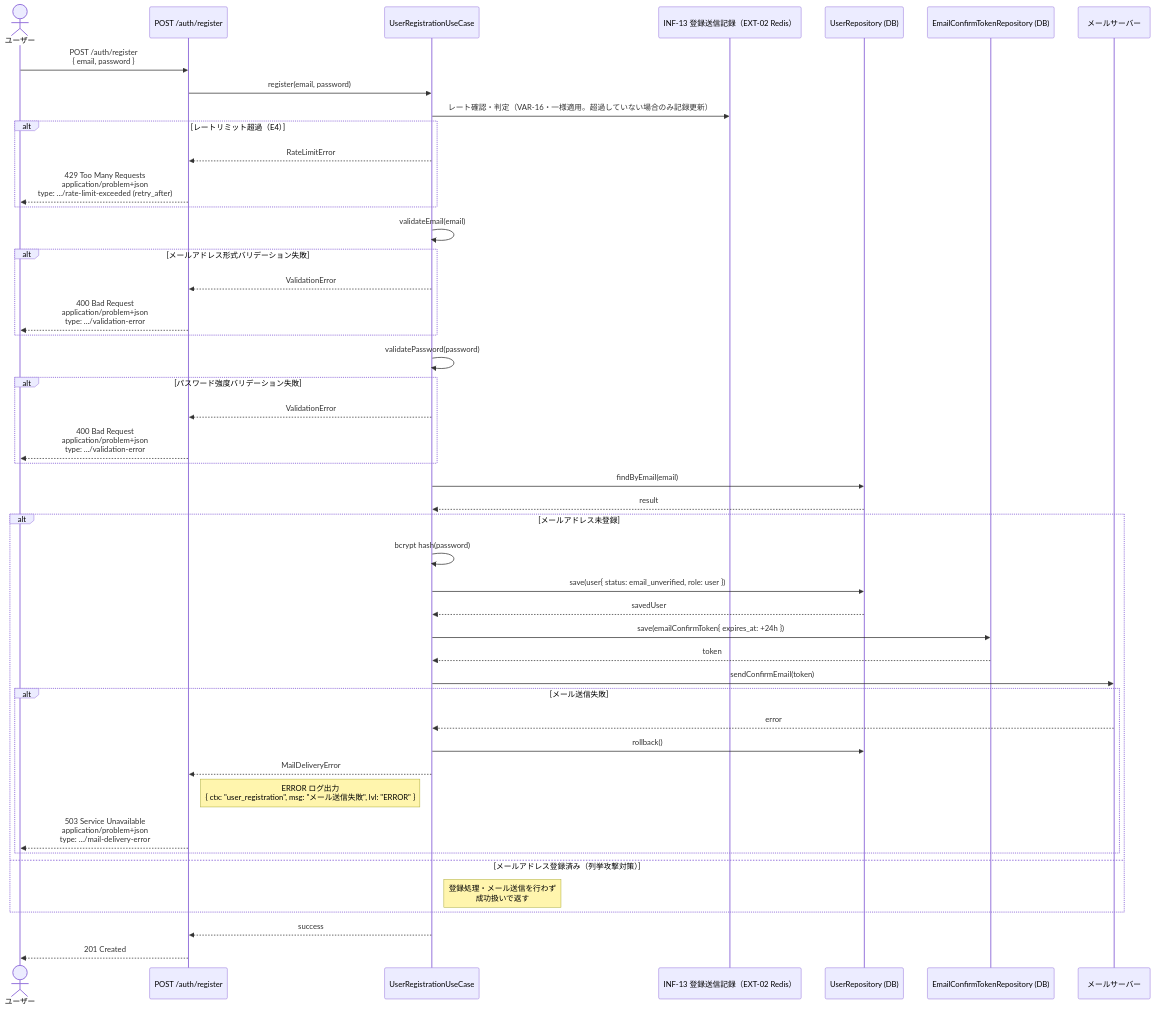
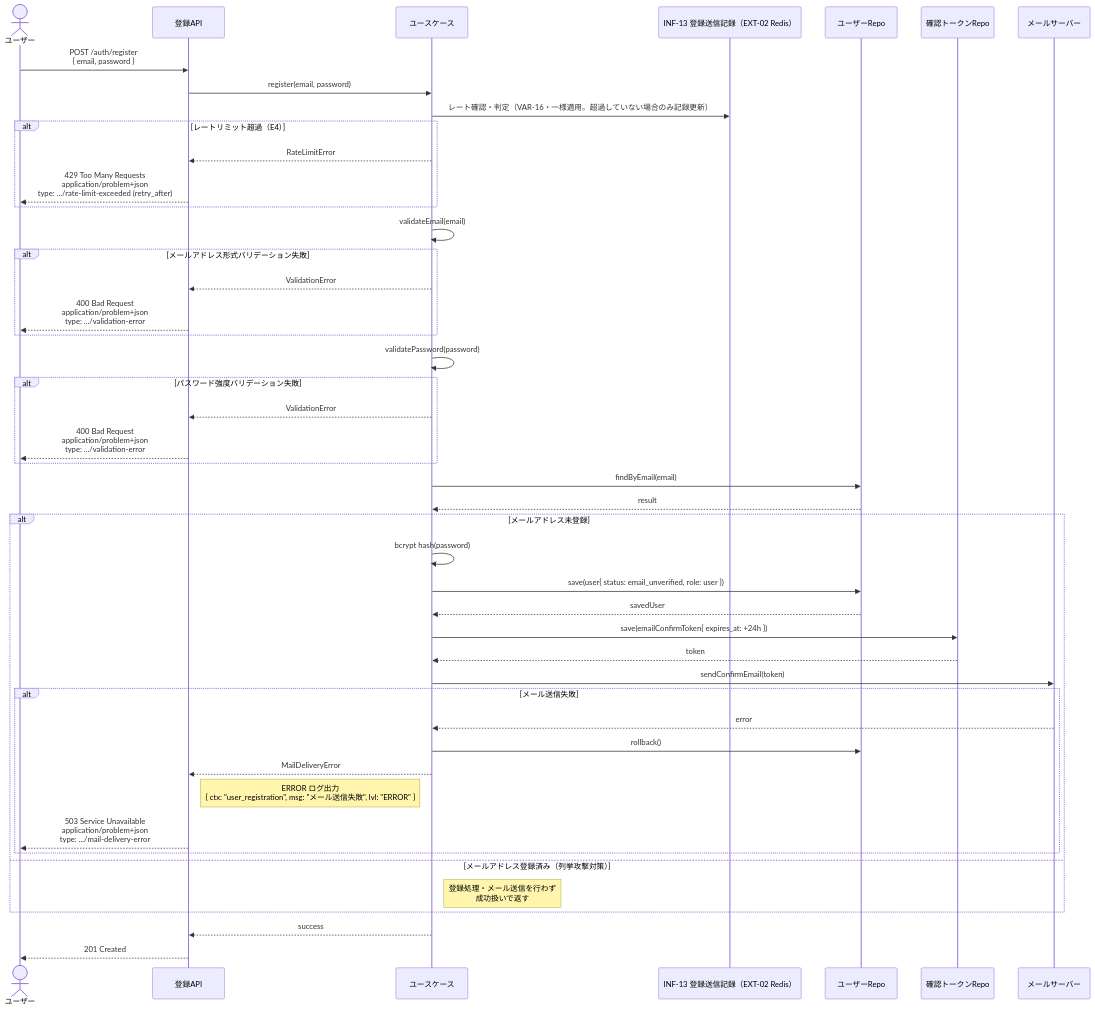
One commit to suunet/POC_HYDRA_AUTH changed the second of 2 diagrams in .docs/design/buc/BUC-U01.md. Above: the diagram before and after it, drawn with Mermaid. The commit also changed 15 other files, not shown here.

````diff
--- a/.docs/design/buc/BUC-U01.md
+++ b/.docs/design/buc/BUC-U01.md
@@ -124,48 +124,48 @@
 ```mermaid
 sequenceDiagram
-  actor ユーザー as ユーザー
-  participant 登録API as POST /auth/register
-  participant ユースケース as UserRegistrationUseCase
+  actor User as ユーザー
+  participant RegisterAPI as 登録API
+  participant UseCase as ユースケース
   participant Rate as INF-13 登録送信記録（EXT-02 Redis）
-  participant ユーザーRepo as UserRepository (DB)
-  participant 確認トークンRepo as EmailConfirmTokenRepository (DB)
-  participant メールサーバー as メールサーバー
-  ユーザー->>登録API: POST /auth/register<br/>{ email, password }
-  登録API->>ユースケース: register(email, password)
-  ユースケース->>Rate: レート確認・判定（VAR-16・一様適用。超過していない場合のみ記録更新）
+  participant UserRepo as ユーザーRepo
+  participant TokenRepo as 確認トークンRepo
+  participant MailServer as メールサーバー
+  User->>RegisterAPI: POST /auth/register<br/>{ email, password }
+  RegisterAPI->>UseCase: register(email, password)
+  UseCase->>Rate: レート確認・判定（VAR-16・一様適用。超過していない場合のみ記録更新）
   alt レートリミット超過（E4）
-  ユースケース-->>登録API: RateLimitError
-  登録API-->>ユーザー: 429 Too Many Requests<br/>application/problem+json<br/>type: .../rate-limit-exceeded (retry_after)
+  UseCase-->>RegisterAPI: RateLimitError
+  RegisterAPI-->>User: 429 Too Many Requests<br/>application/problem+json<br/>type: .../rate-limit-exceeded (retry_after)
   end
-  ユースケース->>ユースケース: validateEmail(email)
+  UseCase->>UseCase: validateEmail(email)
   alt メールアドレス形式バリデーション失敗
-  ユースケース-->>登録API: ValidationError
-  登録API-->>ユーザー: 400 Bad Request<br/>application/problem+json<br/>type: .../validation-error
+  UseCase-->>RegisterAPI: ValidationError
+  RegisterAPI-->>User: 400 Bad Request<br/>application/problem+json<br/>type: .../validation-error
   end
-  ユースケース->>ユースケース: validatePassword(password)
+  UseCase->>UseCase: validatePassword(password)
   alt パスワード強度バリデーション失敗
-  ユースケース-->>登録API: ValidationError
-  登録API-->>ユーザー: 400 Bad Request<br/>application/problem+json<br/>type: .../validation-error
+  UseCase-->>RegisterAPI: ValidationError
+  RegisterAPI-->>User: 400 Bad Request<br/>application/problem+json<br/>type: .../validation-error
   end
-  ユースケース->>ユーザーRepo: findByEmail(email)
-  ユーザーRepo-->>ユースケース: result
+  UseCase->>UserRepo: findByEmail(email)
+  UserRepo-->>UseCase: result
   alt メールアドレス未登録
-  ユースケース->>ユースケース: bcrypt hash(password)
-  ユースケース->>ユーザーRepo: save(user{ status: email_unverified, role: user })
-  ユーザーRepo-->>ユースケース: savedUser
-  ユースケース->>確認トークンRepo: save(emailConfirmToken{ expires_at: +24h })
-  確認トークンRepo-->>ユースケース: token
-  ユースケース->>メールサーバー: sendConfirmEmail(token)
+  UseCase->>UseCase: bcrypt hash(password)
+  UseCase->>UserRepo: save(user{ status: email_unverified, role: user })
+  UserRepo-->>UseCase: savedUser
+  UseCase->>TokenRepo: save(emailConfirmToken{ expires_at: +24h })
+  TokenRepo-->>UseCase: token
+  UseCase->>MailServer: sendConfirmEmail(token)
   alt メール送信失敗
-  メールサーバー-->>ユースケース: error
-  ユースケース->>ユーザーRepo: rollback()
-  ユースケース-->>登録API: MailDeliveryError
-  Note right of 登録API: ERROR ログ出力<br/>{ ctx: "user_registration", msg: "メール送信失敗", lvl: "ERROR" }
-  登録API-->>ユーザー: 503 Service Unavailable<br/>application/problem+json<br/>type: .../mail-delivery-error
+  MailServer-->>UseCase: error
+  UseCase->>UserRepo: rollback()
+  UseCase-->>RegisterAPI: MailDeliveryError
+  Note right of RegisterAPI: ERROR ログ出力<br/>{ ctx: "user_registration", msg: "メール送信失敗", lvl: "ERROR" }
+  RegisterAPI-->>User: 503 Service Unavailable<br/>application/problem+json<br/>type: .../mail-delivery-error
   end
   else メールアドレス登録済み（列挙攻撃対策）
-  Note right of ユースケース: 登録処理・メール送信を行わず<br/>成功扱いで返す
+  Note right of UseCase: 登録処理・メール送信を行わず<br/>成功扱いで返す
   end
-  ユースケース-->>登録API: success
-  登録API-->>ユーザー: 201 Created
+  UseCase-->>RegisterAPI: success
+  RegisterAPI-->>User: 201 Created
 ```
````
